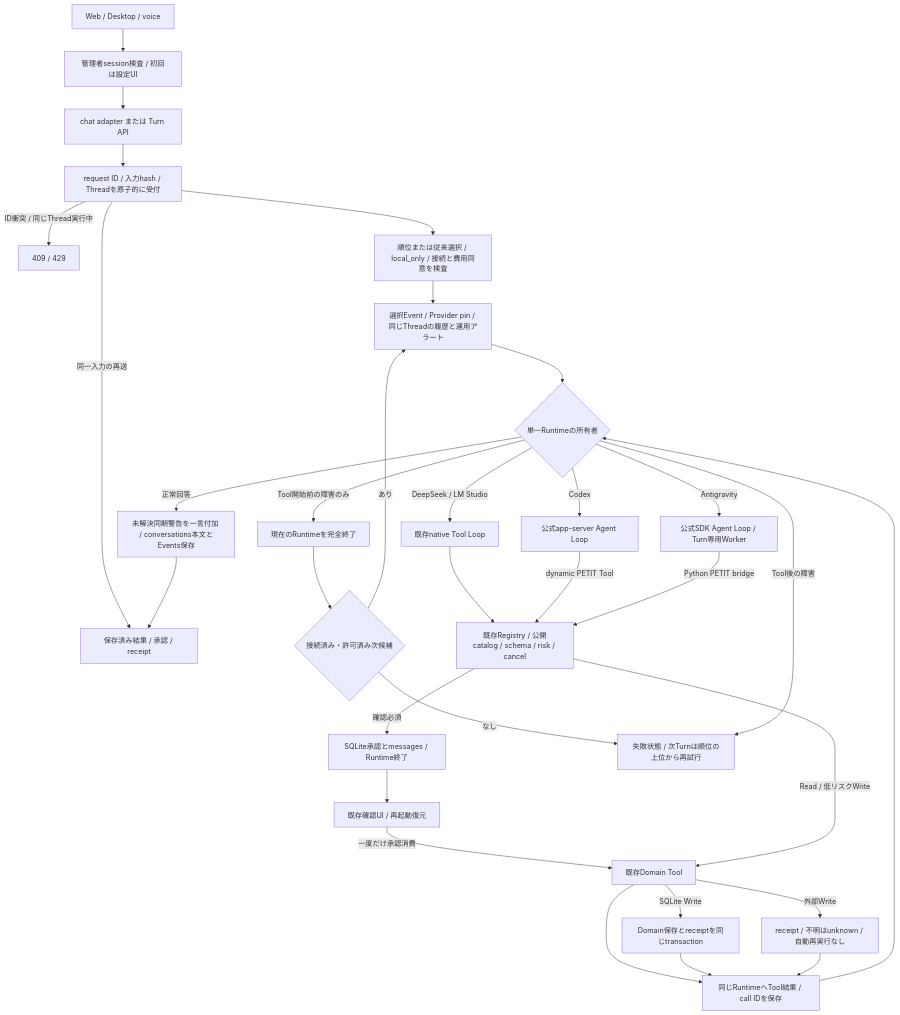
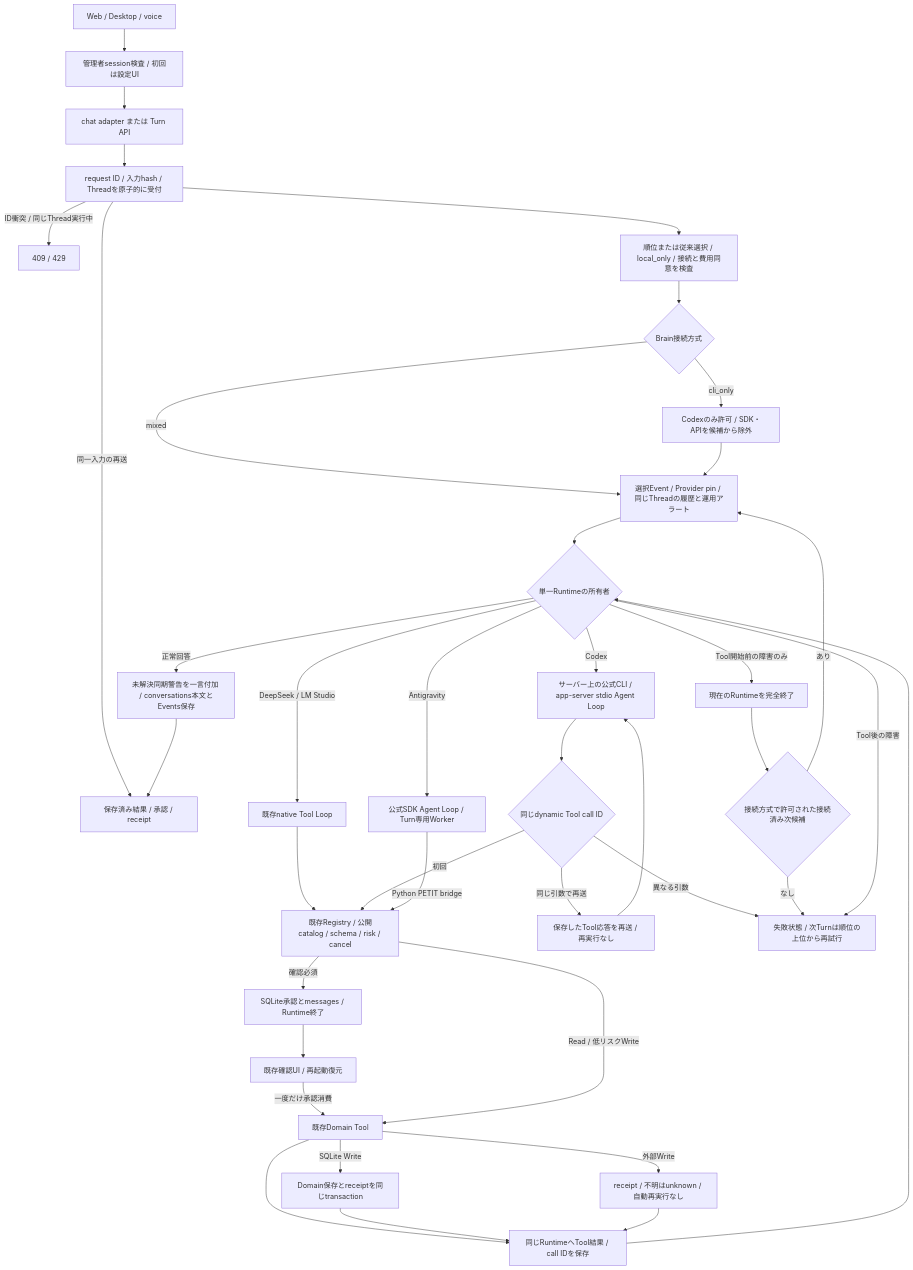
One commit to Soso2e/PETIT changed the third of 32 diagrams in docs/runtime-flows.md. Above: the diagram before and after it, drawn with Mermaid. The commit also changed other lines of this file and 14 other files, not shown here.

````diff
--- a/docs/runtime-flows.md
+++ b/docs/runtime-flows.md
@@ -58,34 +58,41 @@
 ```mermaid
 flowchart TD
     C[Web / Desktop / voice] --> Auth[管理者session検査 / 初回は設定UI]
     Auth --> A[chat adapter または Turn API]
     A --> L[request ID / 入力hash / Threadを原子的に受付]
     L -->|同一入力の再送| R[保存済み結果 / 承認 / receipt]
     L -->|ID衝突 / 同じThread実行中| Conflict[409 / 429]
     L --> Select[順位または従来選択 / local_only / 接続と費用同意を検査]
-    Select --> Pin[選択Event / Provider pin / 同じThreadの履歴と運用アラート]
+    Select --> Transport{Brain接続方式}
+    Transport -->|mixed| Pin[選択Event / Provider pin / 同じThreadの履歴と運用アラート]
+    Transport -->|cli_only| CLIOnly[Codexのみ許可 / SDK・APIを候補から除外]
+    CLIOnly --> Pin
     Pin --> Backend{単一Runtimeの所有者}
     Backend -->|DeepSeek / LM Studio| Native[既存native Tool Loop]
-    Backend -->|Codex| Codex[公式app-server Agent Loop]
+    Backend -->|Codex| Codex[サーバー上の公式CLI / app-server stdio Agent Loop]
     Backend -->|Antigravity| SDK[公式SDK Agent Loop / Turn専用Worker]
     Native --> Gate[既存Registry / 公開catalog / schema / risk / cancel]
-    Codex -->|dynamic PETIT Tool| Gate
+    Codex --> CallID{同じdynamic Tool call ID}
+    CallID -->|初回| Gate
+    CallID -->|同じ引数で再送| Cached[保存したTool応答を再送 / 再実行なし]
+    Cached --> Codex
+    CallID -->|異なる引数| Failed
     SDK -->|Python PETIT bridge| Gate
     Gate -->|確認必須| Approval[SQLite承認とmessages / Runtime終了]
     Approval --> UI[既存確認UI / 再起動復元]
     UI -->|一度だけ承認消費| Execute[既存Domain Tool]
     Gate -->|Read / 低リスクWrite| Execute
     Execute -->|SQLite Write| Receipt[Domain保存とreceiptを同じtransaction]
     Execute -->|外部Write| Unknown[receipt / 不明はunknown / 自動再実行なし]
     Execute --> Return[同じRuntimeへTool結果 / call IDを保存]
     Receipt --> Return
     Unknown --> Return
     Return --> Backend
     Backend -->|Tool開始前の障害のみ| Stop[現在のRuntimeを完全終了]
-    Stop --> Next{接続済み・許可済み次候補}
+    Stop --> Next{接続方式で許可された接続済み次候補}
     Next -->|あり| Pin
     Next -->|なし| Failed[失敗状態 / 次Turnは順位の上位から再試行]
     Backend -->|Tool後の障害| Failed
     Backend -->|正常回答| Save[未解決同期警告を一言付加 / conversations本文とEvents保存]
     Save --> R
 ```
````
